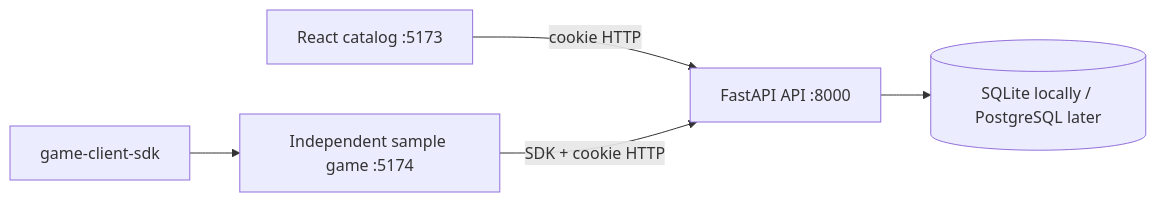
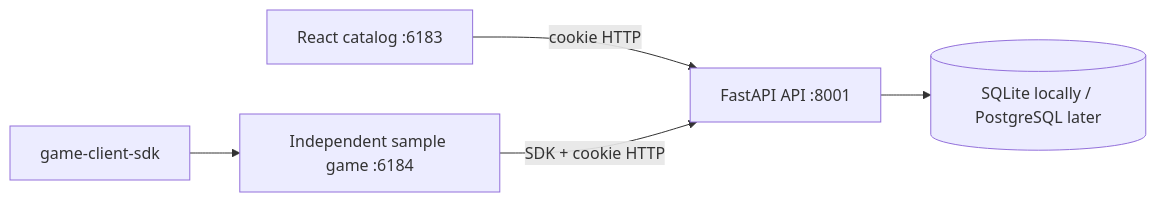
One commit to BoLB23/games.bolblab.org changed the diagram in docs/ARCHITECTURE.md. Above: the diagram before and after it, drawn with Mermaid. The commit also changed other lines of this file and 56 other files, not shown here.

````diff
--- a/docs/ARCHITECTURE.md
+++ b/docs/ARCHITECTURE.md
@@ -5,7 +5,7 @@
 ```mermaid
 flowchart LR
-  C["React catalog :5173"] -->|"cookie HTTP"| A["FastAPI API :8000"]
-  G["Independent sample game :5174"] -->|"SDK + cookie HTTP"| A
+  C["React catalog :6183"] -->|"cookie HTTP"| A["FastAPI API :8001"]
+  G["Independent sample game :6184"] -->|"SDK + cookie HTTP"| A
   A --> D[("SQLite locally / PostgreSQL later")]
   S["game-client-sdk"] --> G
 ```
````
